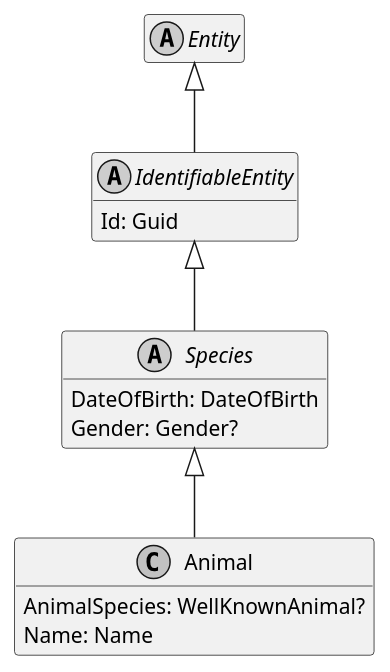
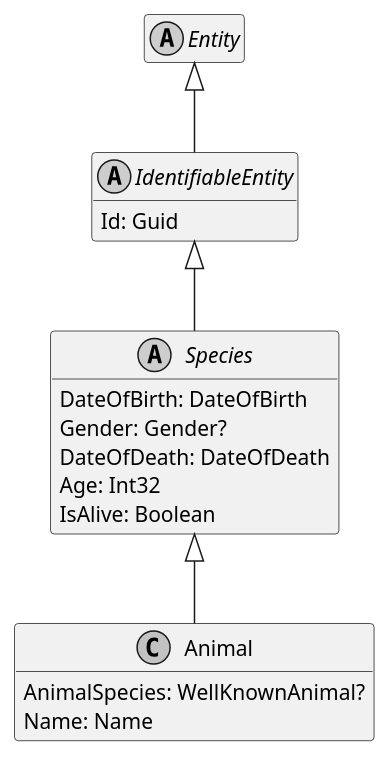
One commit to ObiWanLansi/DoofesZeug changed the diagram in Documentation/Generated/Entities/DoofesZeug.Entities.Specieses.Animals/Animal.puml. Above: the diagram before and after it, drawn with PlantUML. The commit also changed 51 other files, not shown here.

Commit message:
List To TextTable And DateOfDeath

```diff
--- a/Documentation/Generated/Entities/DoofesZeug.Entities.Specieses.Animals/Animal.puml
+++ b/Documentation/Generated/Entities/DoofesZeug.Entities.Specieses.Animals/Animal.puml
@@ -1,28 +1,31 @@
 @startuml
 skinparam monochrome true
 hide empty members
 
 abstract class Entity {
 }
 
 Entity <|-- IdentifiableEntity
 
 abstract class IdentifiableEntity {
     Id: Guid
 }
 
 IdentifiableEntity <|-- Species
 
 abstract class Species {
     DateOfBirth: DateOfBirth
     Gender: Gender?
+    DateOfDeath: DateOfDeath
+    Age: Int32
+    IsAlive: Boolean
 }
 
 Species <|-- Animal
 
 class Animal {
     AnimalSpecies: WellKnownAnimal?
     Name: Name
 }
 
 @enduml
```
